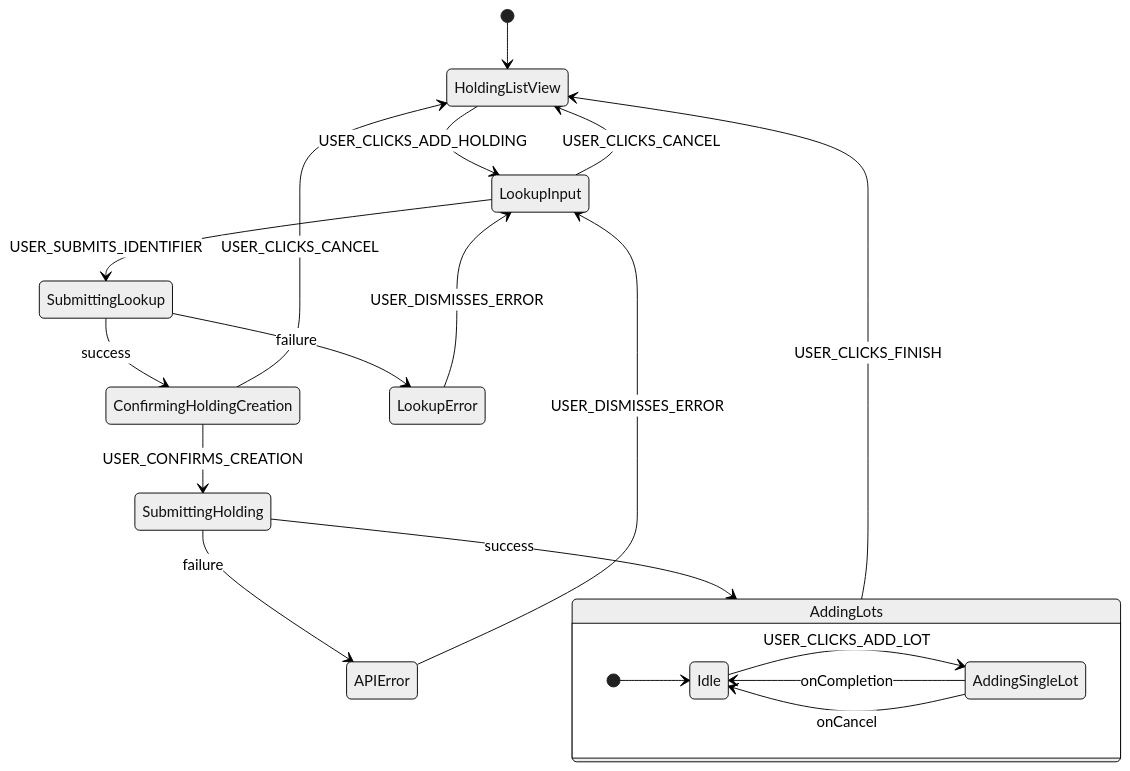
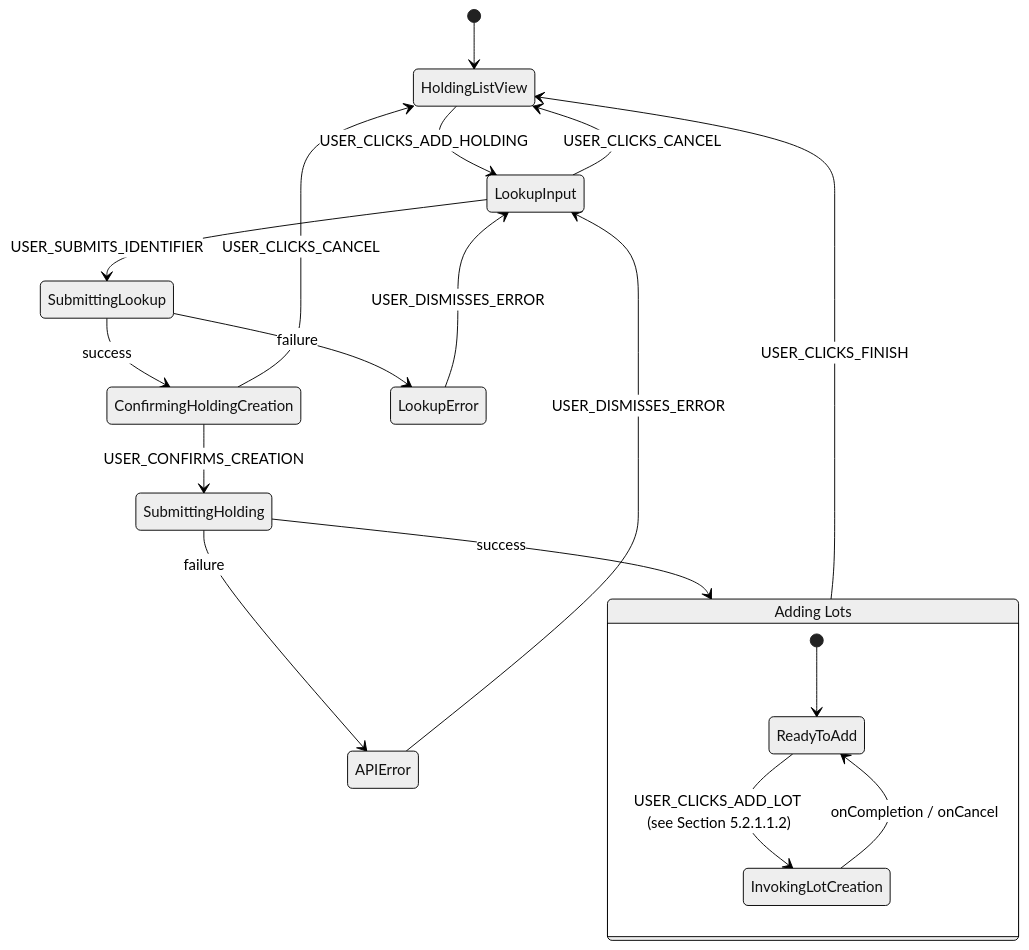
Before and after one commit to enzhao/Sentinel: the ninth of 33 diagrams in product_spec.md, drawn with Mermaid (neutral theme). The commit also changed other lines of this file, not shown here.

Commit message:
docs(spec): align holding creation diagram with subflow logic
- Updates the Mermaid state diagram for manual holding creation.
- The diagram now visually represents the call to the lot creation
  subflow, matching the modular structure of the DSL definition.

Refs: #4

````diff
--- a/product_spec.md
+++ b/product_spec.md
@@ -635,29 +635,27 @@
 ```mermaid
 stateDiagram-v2
     [*] --> HoldingListView
     HoldingListView --> LookupInput : USER_CLICKS_ADD_HOLDING
     LookupInput --> HoldingListView : USER_CLICKS_CANCEL
     LookupInput --> SubmittingLookup : USER_SUBMITS_IDENTIFIER
 
     SubmittingLookup --> ConfirmingHoldingCreation : success
     SubmittingLookup --> LookupError : failure
 
     ConfirmingHoldingCreation --> SubmittingHolding : USER_CONFIRMS_CREATION
     ConfirmingHoldingCreation --> HoldingListView : USER_CLICKS_CANCEL
 
     SubmittingHolding --> AddingLots : success
     SubmittingHolding --> APIError : failure
 
-    state AddingLots {
-        direction LR
-        [*] --> Idle
-        Idle --> AddingSingleLot : USER_CLICKS_ADD_LOT
-        AddingSingleLot --> Idle : onCompletion
-        AddingSingleLot --> Idle : onCancel
+    state "Adding Lots" as AddingLots {
+        [*] --> ReadyToAdd
+        ReadyToAdd --> InvokingLotCreation : USER_CLICKS_ADD_LOT (see Section 5.2.1.1.2)
+        InvokingLotCreation --> ReadyToAdd : onCompletion / onCancel
     }
     
     AddingLots --> HoldingListView : USER_CLICKS_FINISH
 
     LookupError --> LookupInput : USER_DISMISSES_ERROR
     APIError --> LookupInput : USER_DISMISSES_ERROR
 ```
````
